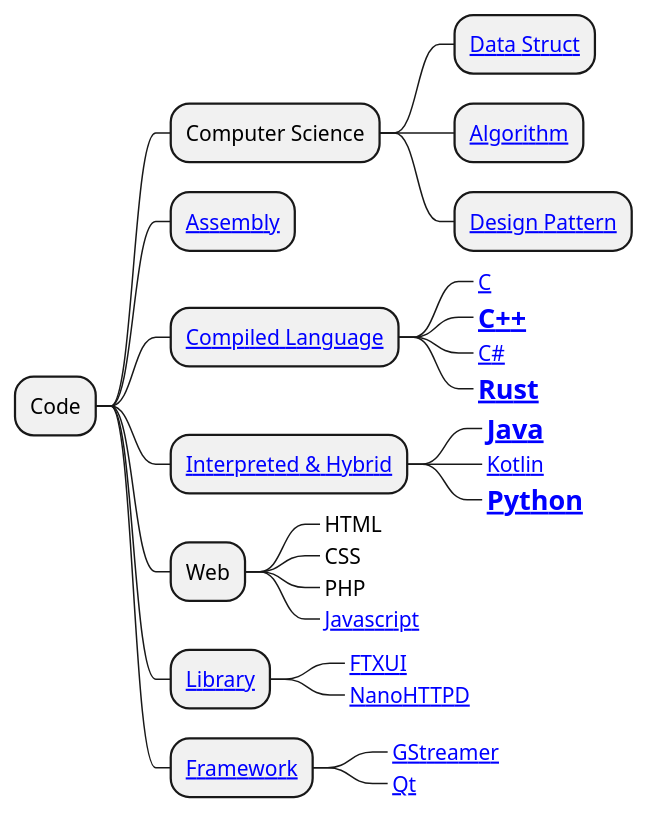
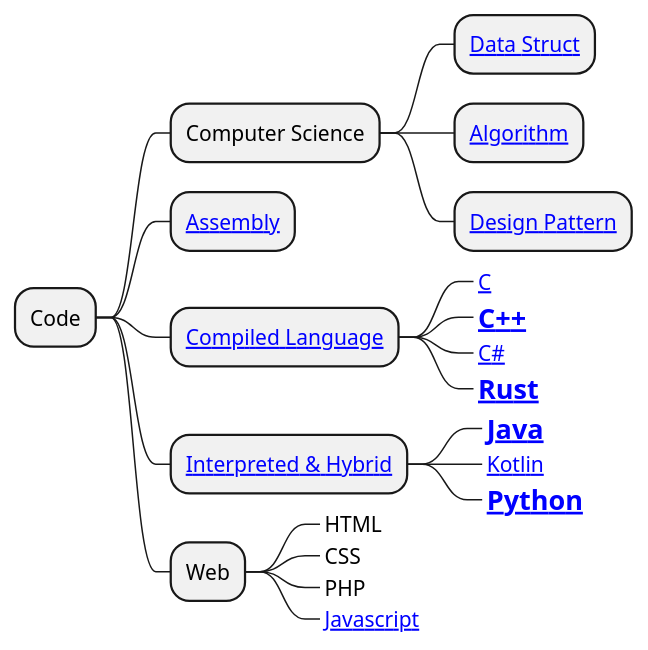
The diagram in docs/index.md (dothanhdathp/tadcode), drawn with PlantUML before and after one commit. The commit also changed 7 other files, not shown here.

````diff
--- a/docs/index.md
+++ b/docs/index.md
@@ -7,40 +7,32 @@
 ```puml
 @startmindmap
 skinparam backgroundcolor transparent
 
 * Code
 
 ** Computer Science
 *** [[/CS/data-struct/ Data Struct]]
 *** [[/CS/algorithm-overview/ Algorithm]]
 *** [[/CS/design-pattern/ Design Pattern]]
 
 ** [[/Programming/assembly/assembly Assembly]]
 
 ** [[/Programming/compiled-language/ Compiled Language]]
 ***_ [[/Programming/c/c/ C]]
 ***_ =[[/Programming/cpp/cpp/ C++]]
 ***_ [[/Programming/c-sharp/c-sharp/ C#]]
 ***_ =[[/Programming/Rust/rust/ Rust]]
 
 ** [[/Programming/interpreted-hybrid-language/ Interpreted & Hybrid]]
 ***_ =[[/Programming/Java/java/ Java]]
 ***_ [[/Programming/Kotlin/kotlin/ Kotlin]]
 ***_ =[[/Programming/Python/python/ Python]]
 
 ** Web
 ***_ HTML
 ***_ CSS
 ***_ PHP
 ***_ [[/Web/Javascript/javascript/ Javascript]]
 
-** [[/Library/library/ Library]]
-***_ [[/Library/FTXUI/ftxui/ FTXUI]]
-***_ [[/Library/NanoHTTPD/nano-httpd/ NanoHTTPD]]
-
-** [[/Frameworks/frameworks/ Framework]]
-***_ [[/Frameworks/GStreamer/gstreamer/ GStreamer]]
-***_ [[/Frameworks/Qt/qt/ Qt]]
-
 @endmindmap
 ```
````
